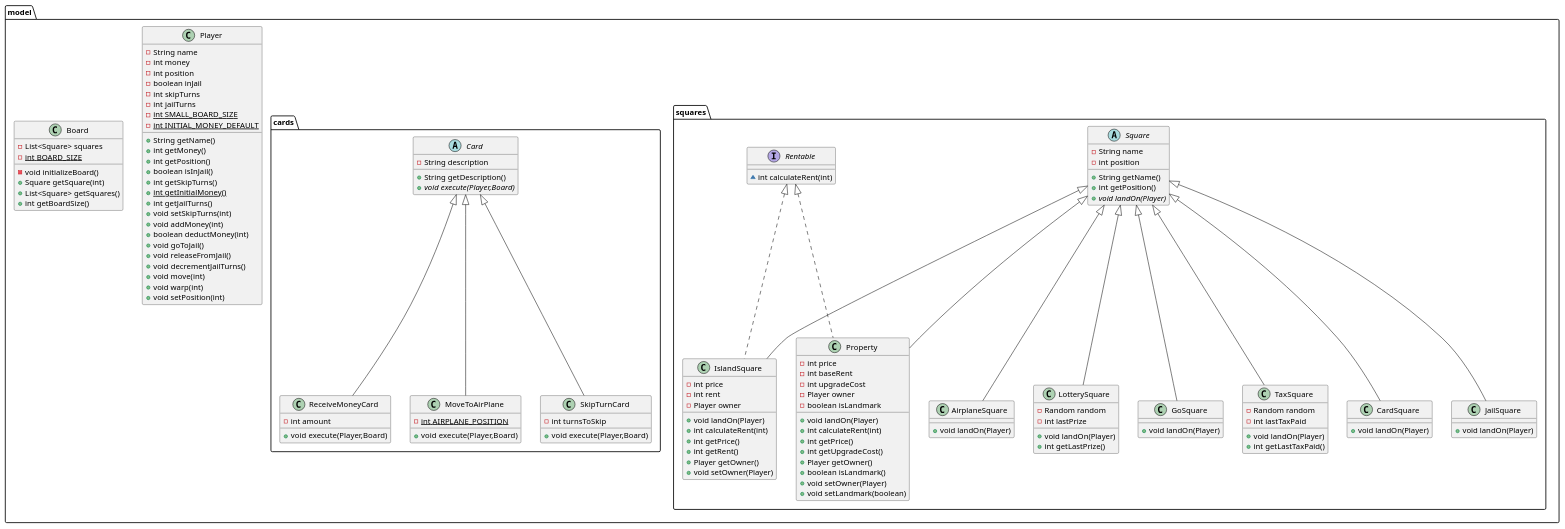
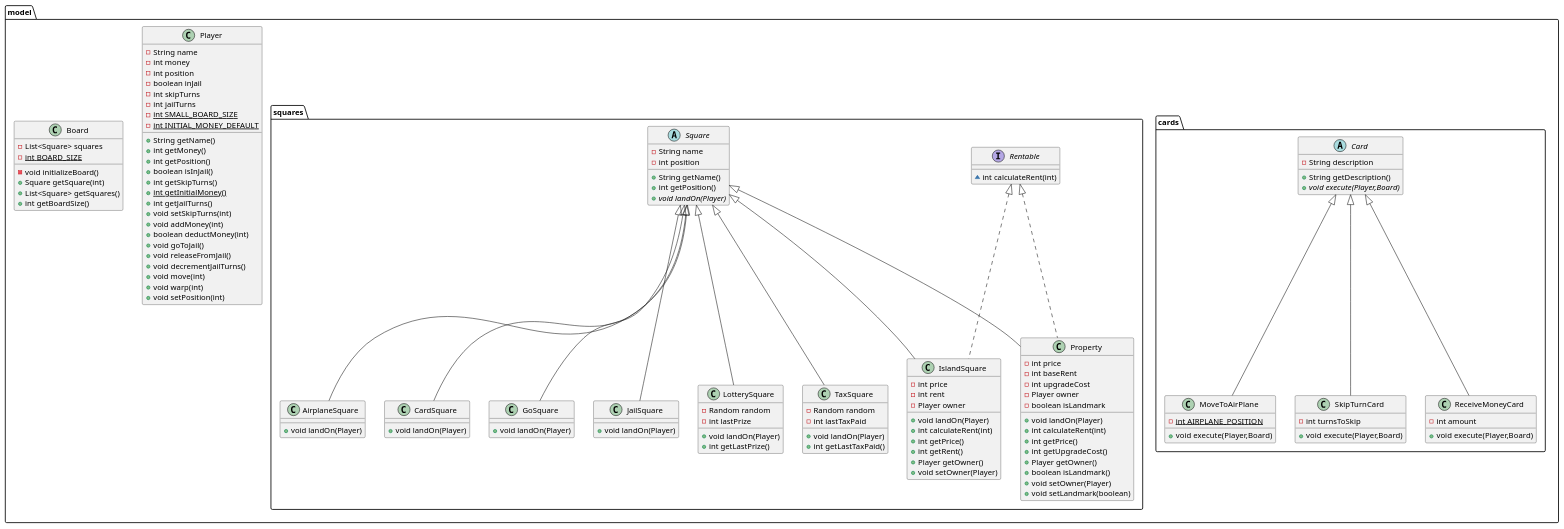
One commit to Boonnapod/Programming_Methodology_Project changed the diagram in UML/UMLModel.puml. Above: the diagram before and after it, drawn with PlantUML. The commit also changed other lines of this file and 9 other files, not shown here.

Commit message:
UML CHANGED

```diff
--- a/UML/UMLModel.puml
+++ b/UML/UMLModel.puml
@@ -1,155 +1,155 @@
 @startuml
-class model.squares.IslandSquare {
-- int price
-- int rent
-- Player owner
-+ void landOn(Player)
-+ int calculateRent(int)
-+ int getPrice()
-+ int getRent()
-+ Player getOwner()
-+ void setOwner(Player)
-}
-
-
-abstract class model.cards.Card {
-- String description
-+ String getDescription()
-+ {abstract}void execute(Player,Board)
-}
-
-
-class model.squares.CardSquare {
-+ void landOn(Player)
-}
-
-class model.squares.JailSquare {
-+ void landOn(Player)
-}
-
-class model.cards.SkipTurnCard {
-- int turnsToSkip
-+ void execute(Player,Board)
-}
-
-
-class model.squares.AirplaneSquare {
-+ void landOn(Player)
-}
-
 class model.cards.ReceiveMoneyCard {
 - int amount
 + void execute(Player,Board)
 }
 
 
 class model.squares.LotterySquare {
 - Random random
 - int lastPrize
 + void landOn(Player)
 + int getLastPrize()
 }
 
 
-abstract class model.squares.Square {
-- String name
-- int position
-+ String getName()
-+ int getPosition()
-+ {abstract}void landOn(Player)
+class model.squares.AirplaneSquare {
++ void landOn(Player)
+}
+
+interface model.squares.Rentable {
+~ int calculateRent(int)
+}
+
+abstract class model.cards.Card {
+- String description
++ String getDescription()
++ {abstract}void execute(Player,Board)
+}
+
+
+class model.cards.MoveToAirPlane {
+- {static} int AIRPLANE_POSITION
++ void execute(Player,Board)
+}
+
+
+class model.squares.IslandSquare {
+- int price
+- int rent
+- Player owner
++ void landOn(Player)
++ int calculateRent(int)
++ int getPrice()
++ int getRent()
++ Player getOwner()
++ void setOwner(Player)
+}
+
+
+class model.cards.SkipTurnCard {
+- int turnsToSkip
++ void execute(Player,Board)
+}
+
+
+class model.squares.TaxSquare {
+- Random random
+- int lastTaxPaid
++ void landOn(Player)
++ int getLastTaxPaid()
 }
 
 
 class model.Player {
 - String name
 - int money
 - int position
 - boolean inJail
 - int skipTurns
 - int jailTurns
 - {static} int SMALL_BOARD_SIZE
 - {static} int INITIAL_MONEY_DEFAULT
 + String getName()
 + int getMoney()
 + int getPosition()
 + boolean isInJail()
 + int getSkipTurns()
 + {static} int getInitialMoney()
 + int getJailTurns()
 + void setSkipTurns(int)
 + void addMoney(int)
 + boolean deductMoney(int)
 + void goToJail()
 + void releaseFromJail()
 + void decrementJailTurns()
 + void move(int)
 + void warp(int)
 + void setPosition(int)
 }
 
 
-class model.cards.MoveToAirPlane {
-- {static} int AIRPLANE_POSITION
-+ void execute(Player,Board)
+class model.Board {
+- List<Square> squares
+- {static} int BOARD_SIZE
+- void initializeBoard()
++ Square getSquare(int)
++ List<Square> getSquares()
++ int getBoardSize()
+}
+
+
+abstract class model.squares.Square {
+- String name
+- int position
++ String getName()
++ int getPosition()
++ {abstract}void landOn(Player)
 }
 
 
 class model.squares.Property {
 - int price
 - int baseRent
 - int upgradeCost
 - Player owner
 - boolean isLandmark
 + void landOn(Player)
 + int calculateRent(int)
 + int getPrice()
 + int getUpgradeCost()
 + Player getOwner()
 + boolean isLandmark()
 + void setOwner(Player)
 + void setLandmark(boolean)
 }
 
 
+class model.squares.CardSquare {
++ void landOn(Player)
+}
+
 class model.squares.GoSquare {
 + void landOn(Player)
 }
 
-class model.squares.TaxSquare {
-- Random random
-- int lastTaxPaid
+class model.squares.JailSquare {
 + void landOn(Player)
-+ int getLastTaxPaid()
-}
-
-
-class model.Board {
-- List<Square> squares
-- {static} int BOARD_SIZE
-- void initializeBoard()
-+ Square getSquare(int)
-+ List<Square> getSquares()
-+ int getBoardSize()
-}
-
-
-interface model.squares.Rentable {
-~ int calculateRent(int)
 }
 
 
 
+model.cards.Card <|-- model.cards.ReceiveMoneyCard
+model.squares.Square <|-- model.squares.LotterySquare
+model.squares.Square <|-- model.squares.AirplaneSquare
+model.cards.Card <|-- model.cards.MoveToAirPlane
 model.squares.Rentable <|.. model.squares.IslandSquare
 model.squares.Square <|-- model.squares.IslandSquare
-model.squares.Square <|-- model.squares.CardSquare
-model.squares.Square <|-- model.squares.JailSquare
 model.cards.Card <|-- model.cards.SkipTurnCard
-model.squares.Square <|-- model.squares.AirplaneSquare
-model.cards.Card <|-- model.cards.ReceiveMoneyCard
-model.squares.Square <|-- model.squares.LotterySquare
-model.cards.Card <|-- model.cards.MoveToAirPlane
+model.squares.Square <|-- model.squares.TaxSquare
 model.squares.Rentable <|.. model.squares.Property
 model.squares.Square <|-- model.squares.Property
+model.squares.Square <|-- model.squares.CardSquare
 model.squares.Square <|-- model.squares.GoSquare
-model.squares.Square <|-- model.squares.TaxSquare
+model.squares.Square <|-- model.squares.JailSquare
 @enduml
```
